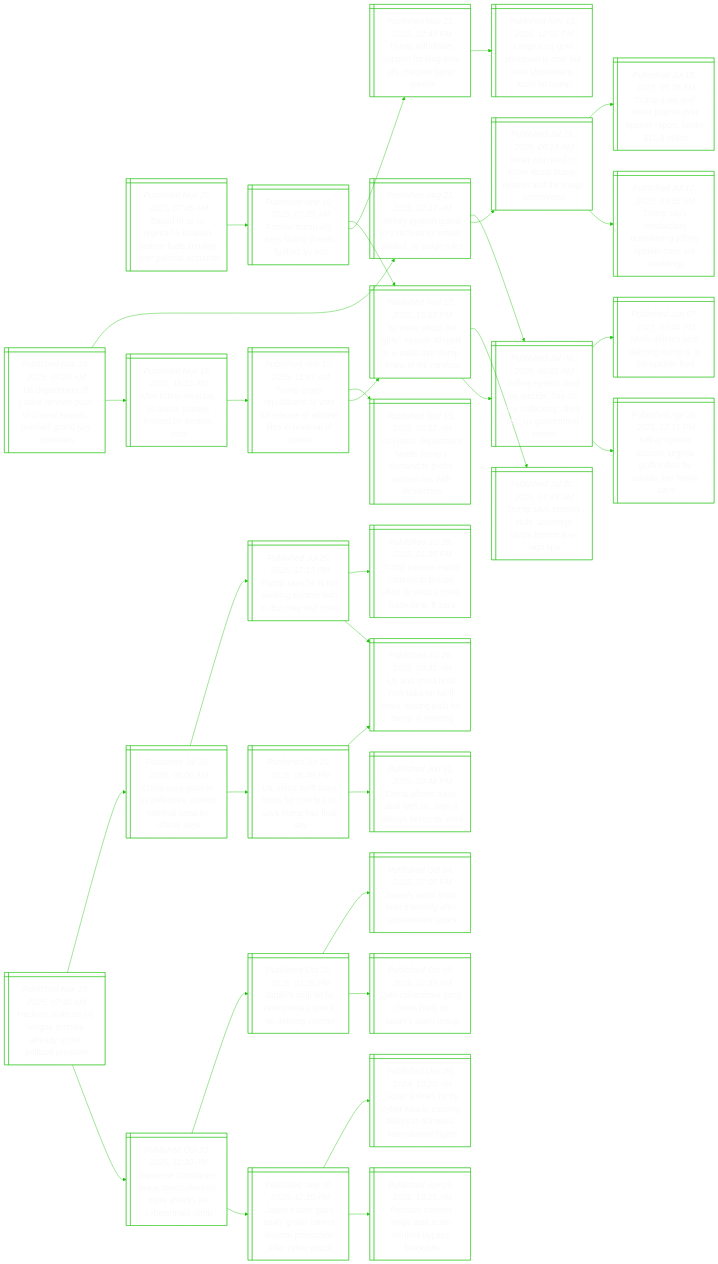
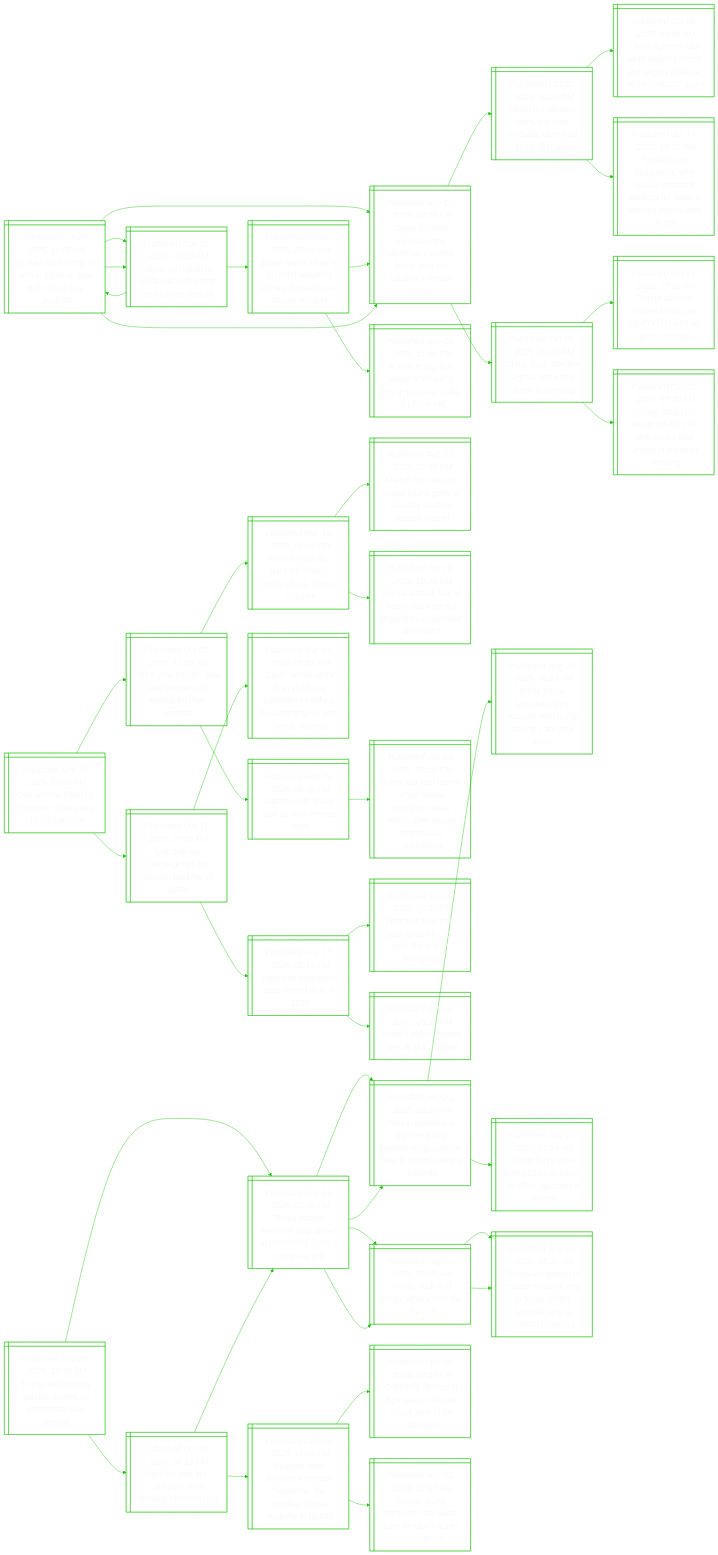
Before and after one commit to notJmes/notJmes: the diagram in README.md, drawn with Mermaid. The commit also changed other lines of this file, not shown here.

````diff
--- a/README.md
+++ b/README.md
@@ -16,109 +16,133 @@
 flowchart LR
 classDef txtsize font-size:20px;
 
-Birrootucnrtan@{ shape: win-pane, label: "_Published Nov 25, 2025, 07:45 AM_
-Based in us or nigeria? x location feature fuels scrutiny over political accounts" }
-Frpsattly@{ shape: win-pane, label: "_Published Nov 16, 2025, 07:29 AM_
-Former trump ally says facing threats ‘fuelled’ by him" }
-TwrutomyoaGe@{ shape: win-pane, label: "_Published Nov 15, 2025, 02:43 PM_
-Trump withdraws support for long-time ally marjorie taylor greene" }
-Lsounenonmr@{ shape: win-pane, label: "_Published Nov 13, 2025, 12:01 PM_
-Longest us govt shutdown is over but new showdowns loom for trump" }
-HwtipngesTkfot@{ shape: win-pane, label: "_Published Nov 12, 2025, 10:53 PM_
-‘he knew about the girls’: epstein alleged in e-mails that trump knew of his conduct" }
-Jetisdntigntvem@{ shape: win-pane, label: "_Published Jul 08, 2025, 04:02 AM_
-Jeffrey epstein died by suicide, has no sex trafficking ‘client list’: us government memo" }
-Tspnerifag@{ shape: win-pane, label: "_Published Jul 30, 2025, 07:45 AM_
-Trump says epstein ‘stole’ underage victim from mar-a-lago spa" }
+Xwroiaptnas@{ shape: win-pane, label: "_Published Nov 25, 2025, 11:00 AM_
+Xi may want trump to rein in japan in spat with china, say analysts" }
+JPahciuinp@{ shape: win-pane, label: "_Published Nov 25, 2025, 09:58 AM_
+Japan pm takaichi holds call with trump amid china dispute" }
+Xwroiaptnas@{ shape: win-pane, label: "_Published Nov 25, 2025, 11:00 AM_
+Xi may want trump to rein in japan in spat with china, say analysts" }
+JPahciuinp@{ shape: win-pane, label: "_Published Nov 25, 2025, 09:58 AM_
+Japan pm takaichi holds call with trump amid china dispute" }
+JpsaCdmitarkiwm@{ shape: win-pane, label: "_Published Nov 10, 2025, 02:00 PM_
+Japan protests against china diplomat’s violent threat over pm takaichi’s taiwan remark" }
+JslrcrthddTnr@{ shape: win-pane, label: "_Published Nov 25, 2025, 09:35 AM_
+Japan sends letter to un chief rebutting china’s demand over taiwan remarks" }
+JpsaCdmitarkiwm@{ shape: win-pane, label: "_Published Nov 10, 2025, 02:00 PM_
+Japan protests against china diplomat’s violent threat over pm takaichi’s taiwan remark" }
+Xlmtatsowdpc@{ shape: win-pane, label: "_Published Nov 24, 2025, 11:38 PM_
+Xi tells trump that taiwan’s ‘return’ is key to post-war order in phone call" }
+JpsaCdmitarkiwm@{ shape: win-pane, label: "_Published Nov 10, 2025, 02:00 PM_
+Japan protests against china diplomat’s violent threat over pm takaichi’s taiwan remark" }
+JPaCseubitnts@{ shape: win-pane, label: "_Published Oct 31, 2025, 10:10 PM_
+Japan pm takaichi, china’s xi seek mutually beneficial ties in first talks" }
+Ctertonsasnmdrs@{ shape: win-pane, label: "_Published Oct 09, 2025, 09:46 AM_
+China tightens rare earth export controls and targets defence, semiconductor users" }
+SlMyhunkorntei@{ shape: win-pane, label: "_Published Oct 17, 2025, 12:50 PM_
+Socialist pm murayama, who issued landmark apology for japan’s wartime deeds, dies at 101" }
+Ceovnrwnep@{ shape: win-pane, label: "_Published Oct 28, 2025, 06:45 PM_
+China eyes ‘positive signals’ from new japan leadership" }
+STcksaarminr@{ shape: win-pane, label: "_Published Oct 21, 2025, 12:50 PM_
+Sanae takaichi makes history as japan’s first woman prime minister" }
+TJPaairtaarii@{ shape: win-pane, label: "_Published Oct 28, 2025, 07:30 AM_
+Trump, japan pm sanae takaichi ink rare earths deal ahead of trump-xi meeting" }
 
-Birrootucnrtan:::txtsize --> Frpsattly:::txtsize
-Frpsattly:::txtsize --> TwrutomyoaGe:::txtsize
-TwrutomyoaGe:::txtsize --> Lsounenonmr:::txtsize
-Frpsattly:::txtsize --> HwtipngesTkfot:::txtsize
-HwtipngesTkfot:::txtsize --> Jetisdntigntvem:::txtsize
-HwtipngesTkfot:::txtsize --> Tspnerifag:::txtsize
+Xwroiaptnas:::txtsize --> JPahciuinp:::txtsize
+JPahciuinp:::txtsize --> Xwroiaptnas:::txtsize
+Xwroiaptnas:::txtsize --> JPahciuinp:::txtsize
+Xwroiaptnas:::txtsize --> JpsaCdmitarkiwm:::txtsize
+JPahciuinp:::txtsize --> JslrcrthddTnr:::txtsize
+JslrcrthddTnr:::txtsize --> JpsaCdmitarkiwm:::txtsize
+JslrcrthddTnr:::txtsize --> Xlmtatsowdpc:::txtsize
+Xwroiaptnas:::txtsize --> JpsaCdmitarkiwm:::txtsize
+JpsaCdmitarkiwm:::txtsize --> JPaCseubitnts:::txtsize
+JPaCseubitnts:::txtsize --> Ctertonsasnmdrs:::txtsize
+JPaCseubitnts:::txtsize --> SlMyhunkorntei:::txtsize
+JpsaCdmitarkiwm:::txtsize --> Ceovnrwnep:::txtsize
+Ceovnrwnep:::txtsize --> STcksaarminr:::txtsize
+Ceovnrwnep:::txtsize --> TJPaairtaarii:::txtsize
 
-HriIacsadlas@{ shape: win-pane, label: "_Published Nov 25, 2025, 07:40 AM_
-Hackers strike us ivy league schools already under political pressure" }
-Jemecmemtsbil@{ shape: win-pane, label: "_Published Oct 23, 2025, 11:30 AM_
-Japanese companies brace themselves for more attacks as cybercrimes climb" }
-JsgAGctmdoeea@{ shape: win-pane, label: "_Published Sep 30, 2025, 12:10 PM_
-Japan’s beer giant asahi group cannot resume production after cyber attack" }
-Pbttssesscs@{ shape: win-pane, label: "_Published Apr 25, 2025, 10:15 AM_
-Portable internet helps asia scam centres bypass blackouts" }
-JAntbtagyoieift@{ shape: win-pane, label: "_Published Dec 26, 2024, 10:20 AM_
-Japan airlines hit by cyber attack, causing delays to domestic, international flights" }
-Jshrmaklyn@{ shape: win-pane, label: "_Published Oct 20, 2025, 03:25 PM_
-Japan’s muji hit by ransomware attack on delivery partner" }
-Qccglhnnhu@{ shape: win-pane, label: "_Published Oct 08, 2025, 02:39 AM_
-Qilin cybercrime gang claims hack on japan’s asahi group" }
-Jsismltnat@{ shape: win-pane, label: "_Published Oct 04, 2025, 07:00 PM_
-Japan’s asahi ships beer manually after ransomware attack" }
-CsaUeodoetis@{ shape: win-pane, label: "_Published Jul 30, 2025, 08:00 AM_
-China sees gaps in us defences, ousted national security official says" }
-Uniulruausl@{ shape: win-pane, label: "_Published Jul 29, 2025, 05:49 PM_
-Us, china tariff truce holds for now but us says trump has final say" }
-CamdlUswetd@{ shape: win-pane, label: "_Published Jun 12, 2025, 03:48 PM_
-China affirms trade deal with us, says it always keeps its word" }
-UChekategfumn@{ shape: win-pane, label: "_Published Jul 29, 2025, 04:35 AM_
-Us and china hold new talks on tariff truce, easing path for trump-xi meeting" }
-Tsetimibyta@{ shape: win-pane, label: "_Published Jul 29, 2025, 12:13 PM_
-Trump says he is not seeking summit with xi, but may visit china" }
-UChekategfumn@{ shape: win-pane, label: "_Published Jul 29, 2025, 04:35 AM_
-Us and china hold new talks on tariff truce, easing path for trump-xi meeting" }
-Tpsrttsftuiaaa@{ shape: win-pane, label: "_Published Jul 28, 2025, 01:39 PM_
-Trump pauses export controls to bolster effort to secure china trade deal, ft says" }
+OmlyooenU@{ shape: win-pane, label: "_Published Nov 25, 2025, 10:50 AM_
+One woman killed by someone close every 10 minutes: un" }
+SouwwswntM@{ shape: win-pane, label: "_Published Oct 01, 2025, 11:50 AM_
+'shut your mouth': low-paid women still waiting for their #metoo" }
+FhfteTqacyr@{ shape: win-pane, label: "_Published Mar 19, 2025, 01:00 PM_
+French male film stars tell #metoo inquiry about ‘clumsy’ remarks" }
+Fhdtgououanra@{ shape: win-pane, label: "_Published Feb 03, 2025, 09:40 PM_
+French film director ruggia found guilty of sexually abusing actress haenel" }
+SluiFhrraueuM@{ shape: win-pane, label: "_Published Oct 28, 2024, 10:30 PM_
+Sexual assault trial of french actor gerard depardieu suspended until march" }
+Jcflewos@{ shape: win-pane, label: "_Published Feb 09, 2025, 06:00 PM_
+Japan could finally face its own #metoo crisis" }
+JtdepeaNreeusuli@{ shape: win-pane, label: "_Published Jan 23, 2025, 03:15 PM_
+J-pop star and former smap leader masahiro nakai retires after sexual misconduct allegations" }
+Letrtoekia@{ shape: win-pane, label: "_Published Oct 31, 2025, 07:55 PM_
+‘look delicate’ marriage tips for women backfire in japan" }
+Jepieoo@{ shape: win-pane, label: "_Published Aug 07, 2025, 05:12 PM_
+Japanese population sees record drop in 2024" }
+Jerraptiaeer@{ shape: win-pane, label: "_Published Jul 16, 2025, 03:40 PM_
+‘japanese first’ party shakes up election with alarm over foreigners" }
+Wsssenn@{ shape: win-pane, label: "_Published Jan 04, 2025, 05:51 PM_
+World’s oldest person dies at 116 in japan" }
+Jnmhirssftohmbr@{ shape: win-pane, label: "_Published Mar 03, 2024, 08:55 PM_
+Japan needs more than childcare subsidies to defuse its demographic time bomb: experts" }
 
-HriIacsadlas:::txtsize --> Jemecmemtsbil:::txtsize
-Jemecmemtsbil:::txtsize --> JsgAGctmdoeea:::txtsize
-JsgAGctmdoeea:::txtsize --> Pbttssesscs:::txtsize
-JsgAGctmdoeea:::txtsize --> JAntbtagyoieift:::txtsize
-Jemecmemtsbil:::txtsize --> Jshrmaklyn:::txtsize
-Jshrmaklyn:::txtsize --> Qccglhnnhu:::txtsize
-Jshrmaklyn:::txtsize --> Jsismltnat:::txtsize
-HriIacsadlas:::txtsize --> CsaUeodoetis:::txtsize
-CsaUeodoetis:::txtsize --> Uniulruausl:::txtsize
-Uniulruausl:::txtsize --> CamdlUswetd:::txtsize
-Uniulruausl:::txtsize --> UChekategfumn:::txtsize
-CsaUeodoetis:::txtsize --> Tsetimibyta:::txtsize
-Tsetimibyta:::txtsize --> UChekategfumn:::txtsize
-Tsetimibyta:::txtsize --> Tpsrttsftuiaaa:::txtsize
+OmlyooenU:::txtsize --> SouwwswntM:::txtsize
+SouwwswntM:::txtsize --> FhfteTqacyr:::txtsize
+FhfteTqacyr:::txtsize --> Fhdtgououanra:::txtsize
+FhfteTqacyr:::txtsize --> SluiFhrraueuM:::txtsize
+SouwwswntM:::txtsize --> Jcflewos:::txtsize
+Jcflewos:::txtsize --> JtdepeaNreeusuli:::txtsize
+OmlyooenU:::txtsize --> Letrtoekia:::txtsize
+Letrtoekia:::txtsize --> Jepieoo:::txtsize
+Jepieoo:::txtsize --> Jerraptiaeer:::txtsize
+Jepieoo:::txtsize --> Wsssenn:::txtsize
+Letrtoekia:::txtsize --> Jnmhirssftohmbr:::txtsize
 
-Uanuewhspneares@{ shape: win-pane, label: "_Published Nov 25, 2025, 07:25 AM_
-Us department of justice renews push to unseal epstein, maxwell grand jury materials" }
-ATrsHpsaEie@{ shape: win-pane, label: "_Published Nov 18, 2025, 11:15 AM_
-After trump reversal, us house pushes forward on epstein vote" }
-TuRlstrspnsvla@{ shape: win-pane, label: "_Published Nov 17, 2025, 11:57 AM_
-Trump urges republicans to vote for release of epstein files in reversal of stance" }
-HwtipngesTkfot@{ shape: win-pane, label: "_Published Nov 12, 2025, 10:53 PM_
-‘he knew about the girls’: epstein alleged in e-mails that trump knew of his conduct" }
-Utemerddostimt@{ shape: win-pane, label: "_Published Nov 15, 2025, 05:12 AM_
-Us justice department heeds trump’s demand to probe epstein ties with democrats" }
-JetructaaSes@{ shape: win-pane, label: "_Published Aug 21, 2025, 02:17 AM_
-Jeffrey epstein grand jury records to remain sealed, us judge rules" }
-WodoumtnMov@{ shape: win-pane, label: "_Published Jul 19, 2025, 06:16 AM_
-What you need to know about trump, epstein and the maga controversy" }
-Tseiqigrscrks@{ shape: win-pane, label: "_Published Jul 17, 2025, 03:35 AM_
-Trump says republicans questioning jeffrey epstein case are ‘weaklings’" }
-TsarolEioel@{ shape: win-pane, label: "_Published Jul 19, 2025, 05:39 AM_
-Trump sues wall street journal over epstein report, seeks $12.8 billion" }
-Jetisdntigntvem@{ shape: win-pane, label: "_Published Jul 08, 2025, 04:02 AM_
-Jeffrey epstein died by suicide, has no sex trafficking ‘client list’: us government memo" }
-Jetcriiebceiy@{ shape: win-pane, label: "_Published Apr 26, 2025, 12:15 PM_
-Jeffrey epstein accuser virginia giuffre dies by suicide, her family says" }
-MesciuiEie@{ shape: win-pane, label: "_Published Jun 07, 2025, 09:45 PM_
-Musk deletes post claiming trump is ‘in the epstein files’" }
+Trtimesmtnn@{ shape: win-pane, label: "_Published Nov 25, 2025, 10:15 AM_
+Trump redistricting gamble teeters as democrats gain ground" }
+TastmmprTsrr@{ shape: win-pane, label: "_Published Aug 23, 2025, 03:00 PM_
+Texas adopts electoral map aimed at preserving trump’s congress grip" }
+TRlsoucosattami@{ shape: win-pane, label: "_Published Aug 21, 2025, 02:11 AM_
+Texas republicans approve trump-backed congressional map to protect party’s majority" }
+WHlhkctTsgoi@{ shape: win-pane, label: "_Published Aug 20, 2025, 06:19 AM_
+White house launches tiktok account with trump saying ‘i am your voice’" }
+Tboabiisuo@{ shape: win-pane, label: "_Published Aug 21, 2025, 01:19 AM_
+Trump buys more than $128m in bonds in office, disclosure shows" }
+Ttnatth@{ shape: win-pane, label: "_Published Aug 18, 2025, 05:00 AM_
+Trump, tech and texas: what’s next for the us?" }
+Tlmoaclnsttlttos@{ shape: win-pane, label: "_Published Aug 06, 2025, 08:30 AM_
+Trump-led gambit to redraw electoral map in texas ignites national race to control congress" }
+Tlmoaclnsttlttos@{ shape: win-pane, label: "_Published Aug 06, 2025, 08:30 AM_
+Trump-led gambit to redraw electoral map in texas ignites national race to control congress" }
+Ffiriilwlrp@{ shape: win-pane, label: "_Published Oct 30, 2025, 04:15 PM_
+‘fight fire with fire’: california mulls skewing electoral map" }
+TastmmprTsrr@{ shape: win-pane, label: "_Published Aug 23, 2025, 03:00 PM_
+Texas adopts electoral map aimed at preserving trump’s congress grip" }
+TRlsoucosattami@{ shape: win-pane, label: "_Published Aug 21, 2025, 02:11 AM_
+Texas republicans approve trump-backed congressional map to protect party’s majority" }
+Ttnatth@{ shape: win-pane, label: "_Published Aug 18, 2025, 05:00 AM_
+Trump, tech and texas: what’s next for the us?" }
+Seesehceloatiy@{ shape: win-pane, label: "_Published Dec 05, 2024, 12:08 PM_
+Speaker mike johnson’s newest headache: the smallest house majority in history" }
+CoDriahteted@{ shape: win-pane, label: "_Published Dec 04, 2024, 02:40 PM_
+California democrat flips seat in the last house race to be decided" }
+FrpnttsnuCe@{ shape: win-pane, label: "_Published Nov 23, 2024, 02:53 AM_
+Former trump nominee matt gaetz says he won’t return to congress" }
 
-Uanuewhspneares:::txtsize --> ATrsHpsaEie:::txtsize
-ATrsHpsaEie:::txtsize --> TuRlstrspnsvla:::txtsize
-TuRlstrspnsvla:::txtsize --> HwtipngesTkfot:::txtsize
-TuRlstrspnsvla:::txtsize --> Utemerddostimt:::txtsize
-Uanuewhspneares:::txtsize --> JetructaaSes:::txtsize
-JetructaaSes:::txtsize --> WodoumtnMov:::txtsize
-WodoumtnMov:::txtsize --> Tseiqigrscrks:::txtsize
-WodoumtnMov:::txtsize --> TsarolEioel:::txtsize
-JetructaaSes:::txtsize --> Jetisdntigntvem:::txtsize
-Jetisdntigntvem:::txtsize --> Jetcriiebceiy:::txtsize
-Jetisdntigntvem:::txtsize --> MesciuiEie:::txtsize
+Trtimesmtnn:::txtsize --> TastmmprTsrr:::txtsize
+TastmmprTsrr:::txtsize --> TRlsoucosattami:::txtsize
+TRlsoucosattami:::txtsize --> WHlhkctTsgoi:::txtsize
+TRlsoucosattami:::txtsize --> Tboabiisuo:::txtsize
+TastmmprTsrr:::txtsize --> Ttnatth:::txtsize
+Ttnatth:::txtsize --> Tlmoaclnsttlttos:::txtsize
+Ttnatth:::txtsize --> Tlmoaclnsttlttos:::txtsize
+Trtimesmtnn:::txtsize --> Ffiriilwlrp:::txtsize
+Ffiriilwlrp:::txtsize --> TastmmprTsrr:::txtsize
+TastmmprTsrr:::txtsize --> TRlsoucosattami:::txtsize
+TastmmprTsrr:::txtsize --> Ttnatth:::txtsize
+Ffiriilwlrp:::txtsize --> Seesehceloatiy:::txtsize
+Seesehceloatiy:::txtsize --> CoDriahteted:::txtsize
+Seesehceloatiy:::txtsize --> FrpnttsnuCe:::txtsize
 
 ```
````
